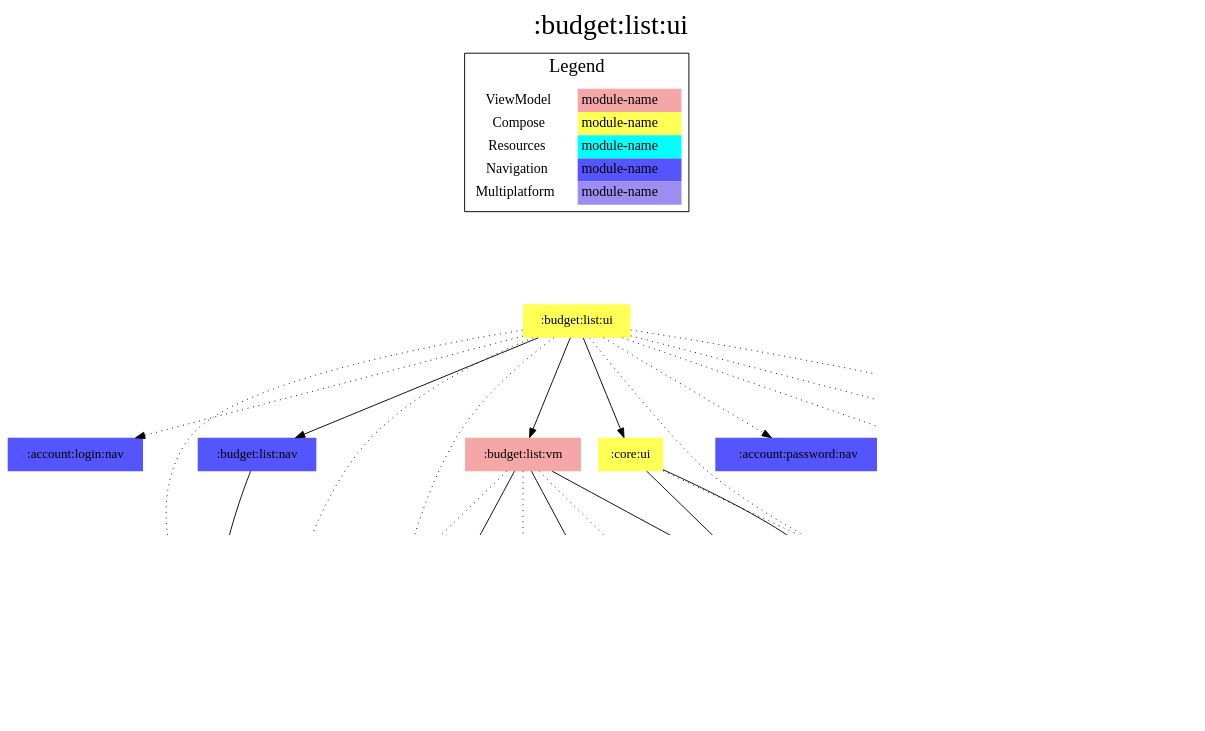
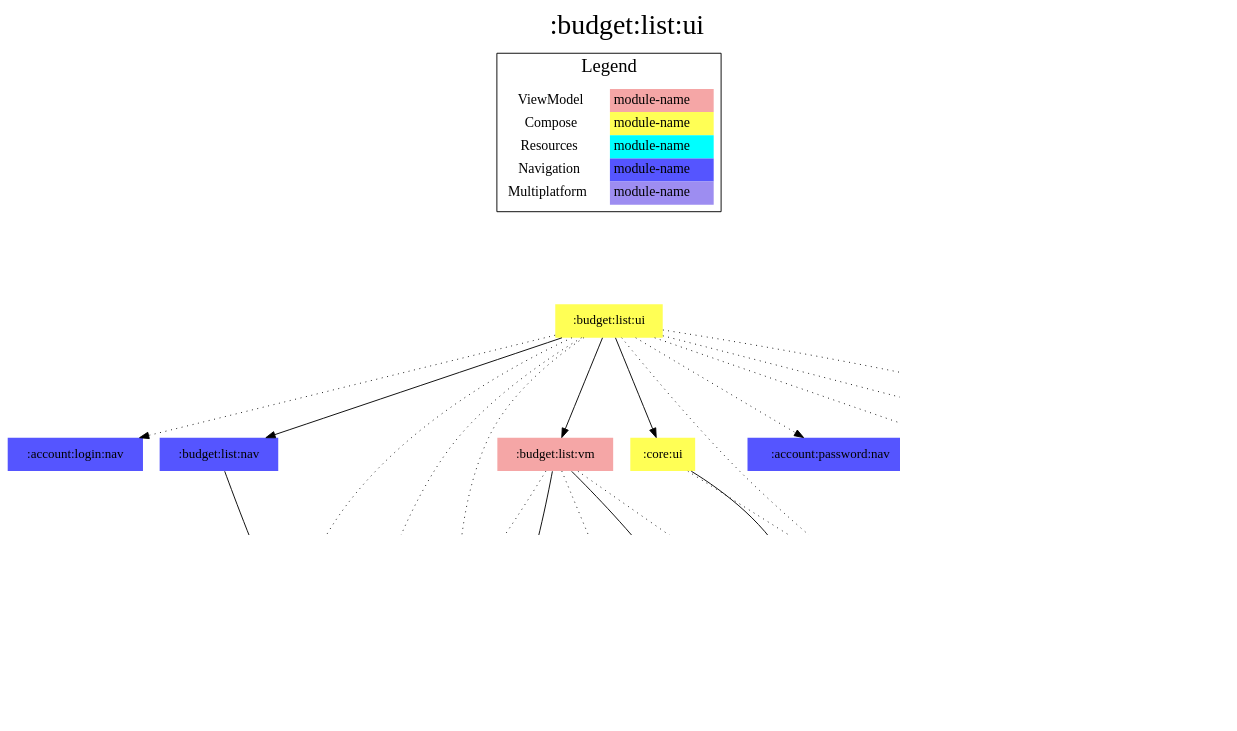
One commit to jonapoul/aktual changed the diagram in modules/budget/list/ui/modules.dot. Above: the diagram before and after it, drawn with Graphviz. The commit also changed 59 other files, not shown here.

Commit message:
core:versions -> core:model

```diff
--- a/modules/budget/list/ui/modules.dot
+++ b/modules/budget/list/ui/modules.dot
@@ -1,69 +1,66 @@
 digraph {
 edge ["dir"="forward"]
 graph ["dpi"="100","label"=":budget:list:ui","labelloc"="t","fontsize"="30","ranksep"="1.5","rankdir"="TB"]
 node ["style"="filled"]
 ":account:login:nav" ["fillcolor"="#5555FF","shape"="none"]
 ":account:model" ["fillcolor"="#9D8DF1","shape"="none"]
 ":account:password:nav" ["fillcolor"="#5555FF","shape"="none"]
 ":api:actual" ["fillcolor"="#9D8DF1","shape"="none"]
 ":budget:list:nav" ["fillcolor"="#5555FF","shape"="none"]
 ":budget:list:res" ["fillcolor"="#00FFFF","shape"="none"]
 ":budget:list:ui" ["fillcolor"="#FFFF55","shape"="none"]
 ":budget:list:vm" ["fillcolor"="#F5A6A6","shape"="none"]
 ":budget:model" ["fillcolor"="#9D8DF1","shape"="none"]
 ":budget:sync:nav" ["fillcolor"="#5555FF","shape"="none"]
 ":codegen:annotation" ["fillcolor"="#9D8DF1","shape"="none"]
 ":core:model" ["fillcolor"="#9D8DF1","shape"="none"]
 ":core:res" ["fillcolor"="#00FFFF","shape"="none"]
 ":core:ui" ["fillcolor"="#FFFF55","shape"="none"]
-":core:versions" ["fillcolor"="#9D8DF1","shape"="none"]
 ":settings:nav" ["fillcolor"="#5555FF","shape"="none"]
 ":url:nav" ["fillcolor"="#5555FF","shape"="none"]
 ":url:prefs" ["fillcolor"="#9D8DF1","shape"="none"]
 {
 edge ["dir"="none"]
 graph ["rank"="same"]
 }
 ":api:actual" -> ":account:model"
 ":api:actual" -> ":budget:model"
 ":api:actual" -> ":codegen:annotation" ["style"="dotted"]
 ":api:actual" -> ":core:model"
 ":budget:list:nav" -> ":account:model"
 ":budget:list:ui" -> ":account:login:nav" ["style"="dotted"]
 ":budget:list:ui" -> ":account:model" ["style"="dotted"]
 ":budget:list:ui" -> ":account:password:nav" ["style"="dotted"]
 ":budget:list:ui" -> ":budget:list:nav"
 ":budget:list:ui" -> ":budget:list:res" ["style"="dotted"]
 ":budget:list:ui" -> ":budget:list:vm"
 ":budget:list:ui" -> ":budget:model" ["style"="dotted"]
 ":budget:list:ui" -> ":budget:sync:nav" ["style"="dotted"]
 ":budget:list:ui" -> ":core:res" ["style"="dotted"]
 ":budget:list:ui" -> ":core:ui"
 ":budget:list:ui" -> ":settings:nav" ["style"="dotted"]
 ":budget:list:ui" -> ":url:nav" ["style"="dotted"]
 ":budget:list:vm" -> ":account:model" ["style"="dotted"]
 ":budget:list:vm" -> ":api:actual" ["style"="dotted"]
 ":budget:list:vm" -> ":budget:model"
 ":budget:list:vm" -> ":core:model"
-":budget:list:vm" -> ":core:versions"
 ":budget:list:vm" -> ":url:prefs" ["style"="dotted"]
 ":budget:sync:nav" -> ":account:model"
 ":budget:sync:nav" -> ":budget:model"
 ":core:ui" -> ":core:model"
 ":core:ui" -> ":core:res" ["style"="dotted"]
-":core:ui" -> ":core:versions"
 ":url:prefs" -> ":core:model"
 subgraph "cluster_legend" {
 edge ["dir"="none"]
 graph ["label"="Legend","fontsize"="20"]
 "Legend" ["style"="filled","fillcolor"="#FFFFFF","shape"="none","margin"="0","fontsize"="15","label"=<
 <TABLE BORDER="0" CELLBORDER="0" CELLSPACING="0" CELLPADDING="4">
 <TR><TD>ViewModel</TD><TD BGCOLOR="#F5A6A6">module-name</TD></TR>
 <TR><TD>Compose</TD><TD BGCOLOR="#FFFF55">module-name</TD></TR>
 <TR><TD>Resources</TD><TD BGCOLOR="#00FFFF">module-name</TD></TR>
 <TR><TD>Navigation</TD><TD BGCOLOR="#5555FF">module-name</TD></TR>
 <TR><TD>Multiplatform</TD><TD BGCOLOR="#9D8DF1">module-name</TD></TR>
 </TABLE>
 >]
 } -> ":budget:list:ui" ["style"="invis"]
 }
```
